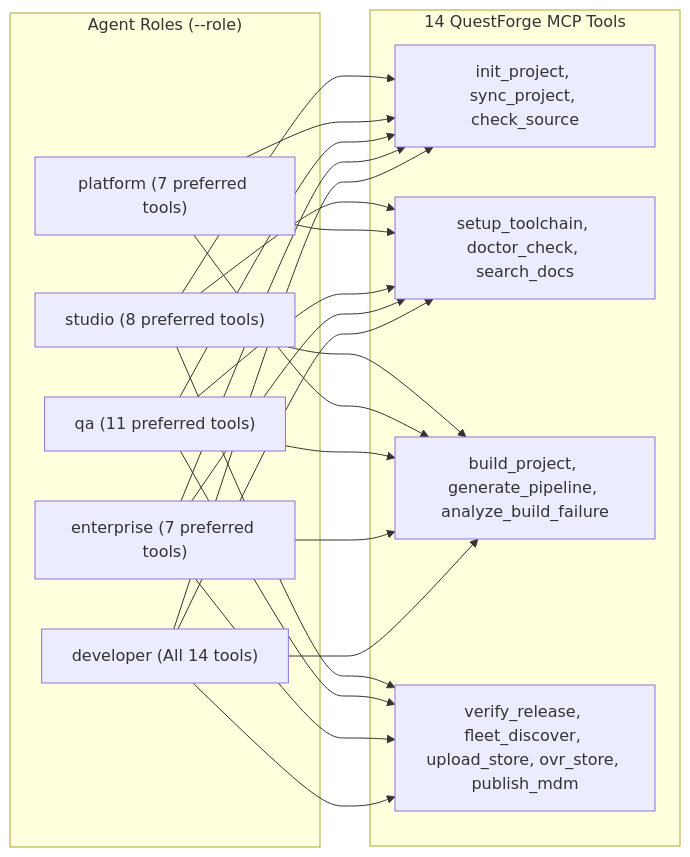
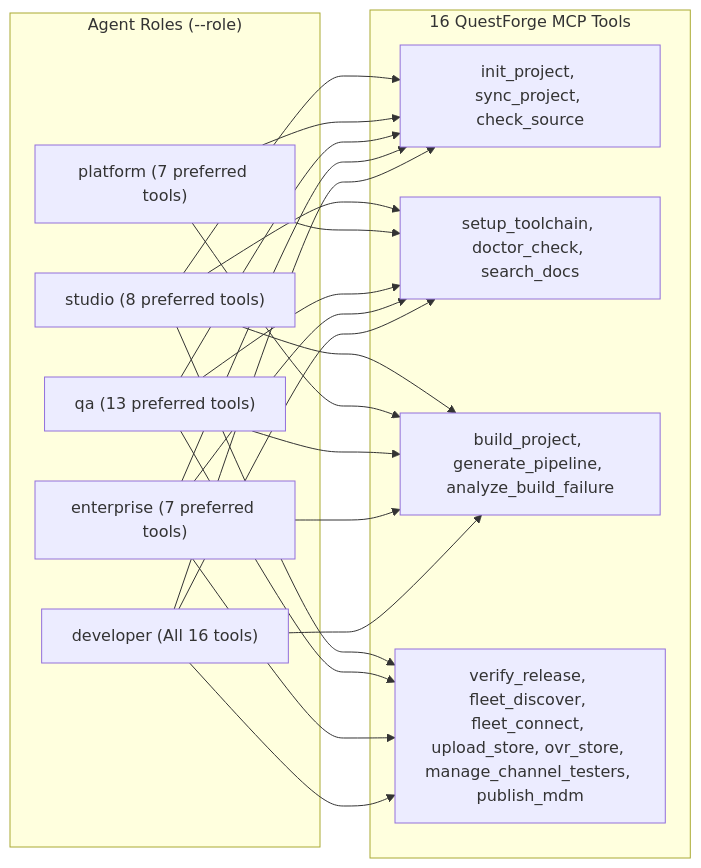
One commit to sweengineeringlabs/questforge changed the second of 2 diagrams in docs/3-design/workflow/developer.md. Above: the diagram before and after it, drawn with Mermaid. The commit also changed other lines of this file and 15 other files, not shown here.

Commit message:
docs: synchronize 16 MCP tools, QV-001..QV-010, QO-001..QO-013, and release lifecycle runbooks

````diff
--- a/docs/3-design/workflow/developer.md
+++ b/docs/3-design/workflow/developer.md
@@ -53,23 +53,23 @@
 ```mermaid
 flowchart LR
     subgraph Roles["Agent Roles (--role)"]
         Studio["studio (8 preferred tools)"]
         Platform["platform (7 preferred tools)"]
-        QA["qa (11 preferred tools)"]
+        QA["qa (13 preferred tools)"]
         Enterprise["enterprise (7 preferred tools)"]
-        Developer["developer (All 14 tools)"]
+        Developer["developer (All 16 tools)"]
     end
 
-    subgraph Tools["14 QuestForge MCP Tools"]
+    subgraph Tools["16 QuestForge MCP Tools"]
         Authoring["init_project, sync_project, check_source"]
         Toolchain["setup_toolchain, doctor_check, search_docs"]
         Build["build_project, generate_pipeline, analyze_build_failure"]
-        Release["verify_release, fleet_discover, upload_store, ovr_store, publish_mdm"]
+        Release["verify_release, fleet_discover, fleet_connect, upload_store, ovr_store, manage_channel_testers, publish_mdm"]
     end
 
     Studio --> Authoring & Toolchain & Build & Release
     Platform --> Authoring & Toolchain & Build
     QA --> Authoring & Toolchain & Build & Release
     Enterprise --> Authoring & Toolchain & Build & Release
     Developer --> Authoring & Toolchain & Build & Release
 ```
````
